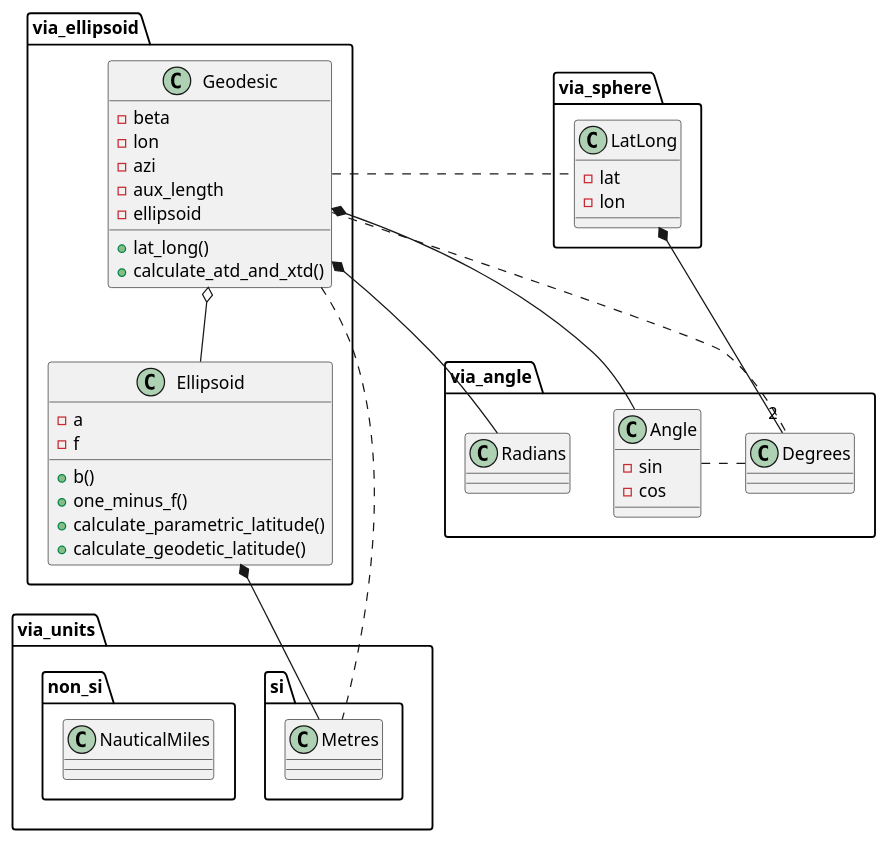
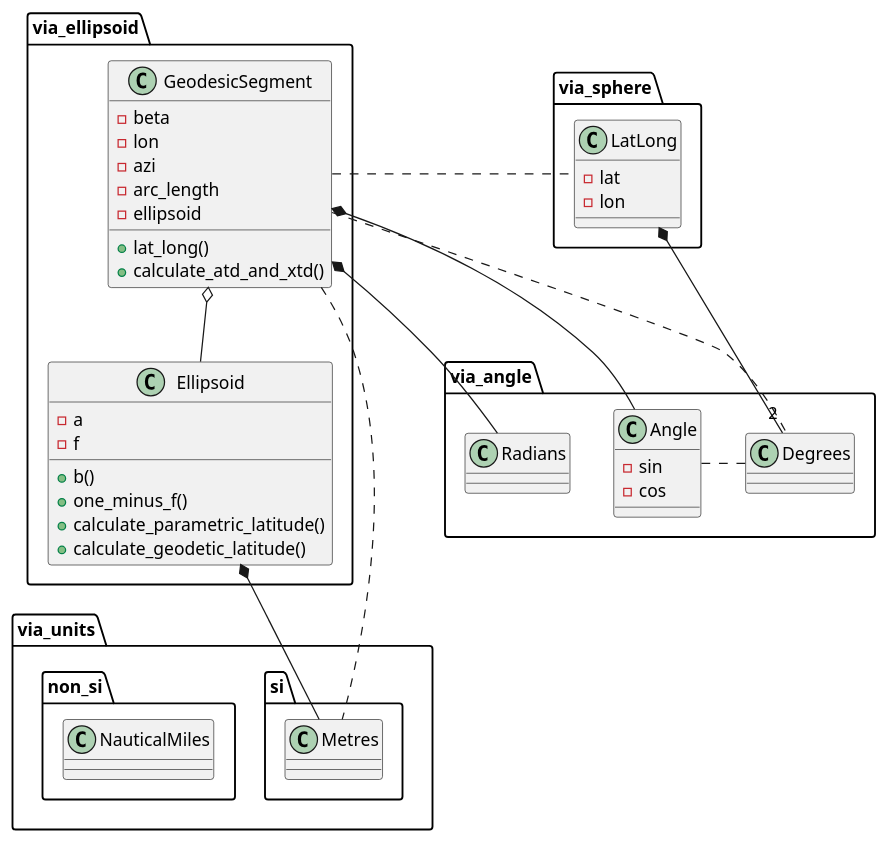
Before and after one commit to kenba/via-ellipsoid-cpp: the diagram in docs/uml/ellipsoid_class_diagram.puml, drawn with PlantUML. The commit also changed 15 other files, not shown here.

Commit message:
Rename Geodesic to GeodesicSegment

```diff
--- a/docs/uml/ellipsoid_class_diagram.puml
+++ b/docs/uml/ellipsoid_class_diagram.puml
@@ -1,71 +1,71 @@
 @startuml
 
-'Copyright (c) 2024 Via Technology Ltd. All Rights Reserved.
+'Copyright (c) 2024-2025 Via Technology Ltd. All Rights Reserved.
 
 ' title Ellipsoid Class Diagram
 
 set namespaceSeparator ::
 
     namespace via_ellipsoid {
 
-        class Geodesic {
+        class GeodesicSegment {
             - beta
             - lon
             - azi
-            - aux_length
+            - arc_length
             - ellipsoid
             + lat_long()
             + calculate_atd_and_xtd()
         }
 
         class Ellipsoid {
             - a
             - f
             + b()
             + one_minus_f()
             + calculate_parametric_latitude()
             + calculate_geodetic_latitude()
         }
 
-        Geodesic o-- Ellipsoid
+        GeodesicSegment o-- Ellipsoid
     }
 
     namespace via_sphere {
         class LatLong {
             - lat
             - lon
         }
     }
 
     namespace via_angle {
-        
+
         class Angle {
             - sin
             - cos
         }
 
         Angle . Degrees
         ' Angle .. Radians
     }
 
     namespace via_units {
         namespace si {
             class Metres {
 
             }
         }
         namespace non_si {
             class NauticalMiles {
 
             }
         }
     }
 
-    via_ellipsoid::Geodesic . via_sphere::LatLong
-    via_ellipsoid::Geodesic *-- via_angle::Angle
-    via_ellipsoid::Geodesic .. via_angle::Degrees
-    via_ellipsoid::Geodesic *-- via_angle::Radians
-    via_ellipsoid::Geodesic .. via_units::si::Metres
+    via_ellipsoid::GeodesicSegment . via_sphere::LatLong
+    via_ellipsoid::GeodesicSegment *-- via_angle::Angle
+    via_ellipsoid::GeodesicSegment .. via_angle::Degrees
+    via_ellipsoid::GeodesicSegment *-- via_angle::Radians
+    via_ellipsoid::GeodesicSegment .. via_units::si::Metres
     via_ellipsoid::Ellipsoid *--via_units::si::Metres
     via_sphere::LatLong *-- "2" via_angle::Degrees
 @enduml
```
